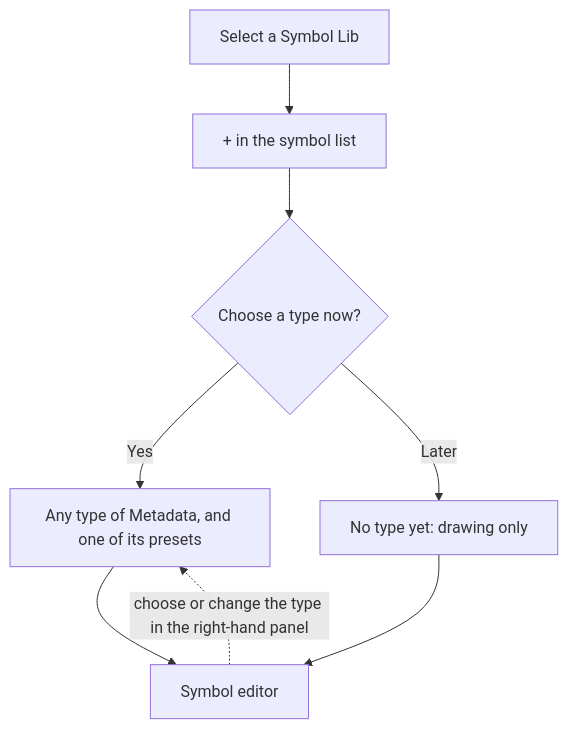
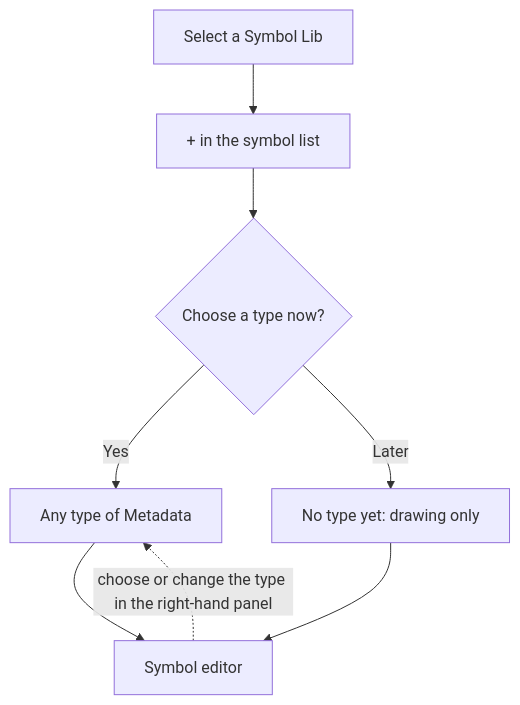
One commit to AlexandreGallais/synoptic-studio-spec changed the fifth of 5 diagrams in symbols/01-libraries-and-symbols.md. Above: the diagram before and after it, drawn with Mermaid. The commit also changed other lines of this file and 65 other files, not shown here.

````diff
--- a/symbols/01-libraries-and-symbols.md
+++ b/symbols/01-libraries-and-symbols.md
@@ -152,10 +152,10 @@
 ```mermaid
 flowchart TD
     A["Select a Symbol Lib"] --> B["+ in the symbol list"]
     B --> C{"Choose a type now?"}
-    C -- "Yes" --> D["Any type of Metadata, and one of its presets"]
+    C -- "Yes" --> D["Any type of Metadata"]
     C -- "Later" --> E["No type yet: drawing only"]
     D --> F["Symbol editor"]
     E --> F
     F -.->|"choose or change the type in the right-hand panel"| D
 ```
````
